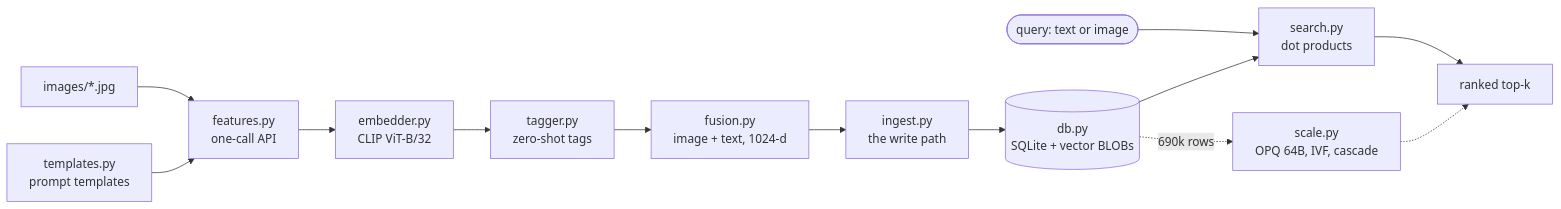
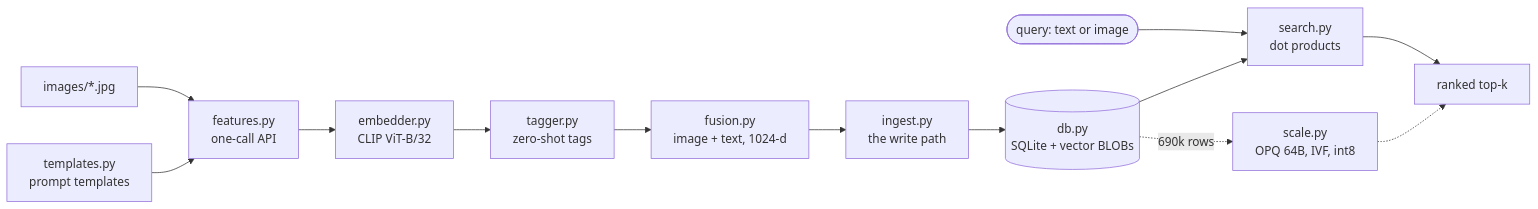
Before and after one commit to sugeerth/clip-vlm-101: the diagram in README.md, drawn with Mermaid. The commit also changed 1 other file, not shown here.

Commit message:
docs: two more counts that did not survive a check
- README's flow diagram listed `cascade` as something scale.py does.
  `grep -i cascade scale.py` returns nothing; the cascade is cascade.py,
  which the repo map (one screen down) now says outright. scale.py's third
  compression tier is int8 (build_i8, scale.py:213) — say that instead.
- guide/00: "Twenty have a Python twin" over a 20-row table whose last row
  is `simple.js` | *page-only*. Nineteen.

````diff
--- a/README.md
+++ b/README.md
@@ -72,15 +72,15 @@
 ```mermaid
 flowchart LR
   IMG["images/*.jpg"] --> FX["features.py<br/>one-call API"]
   TPL["templates.py<br/>prompt templates"] --> FX
   FX --> EMB["embedder.py<br/>CLIP ViT-B/32"]
   EMB --> TAG["tagger.py<br/>zero-shot tags"]
   TAG --> FUSE["fusion.py<br/>image + text, 1024-d"]
   FUSE --> ING["ingest.py<br/>the write path"]
   ING --> DB[("db.py<br/>SQLite + vector BLOBs")]
   Q(["query: text or image"]) --> SEARCH["search.py<br/>dot products"]
   DB --> SEARCH
   SEARCH --> TOPK["ranked top-k"]
-  DB -.->|"690k rows"| SCALE["scale.py<br/>OPQ 64B, IVF, cascade"]
+  DB -.->|"690k rows"| SCALE["scale.py<br/>OPQ 64B, IVF, int8"]
   SCALE -.-> TOPK
 ```
````
